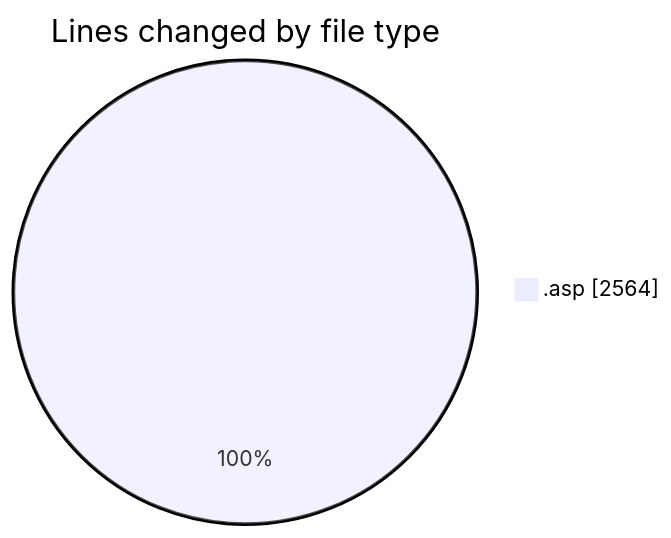
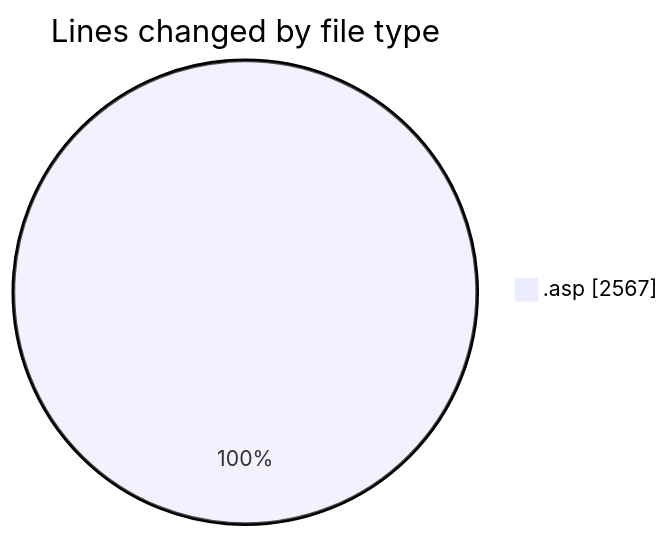
Before and after one commit to julien-gomy/code-tracking: the first of 2 diagrams in 2025-10-31/cdp_aleoudev_fr__workspace_/README.md, drawn with Mermaid. The commit also changed other lines of this file and 1 other file, not shown here.

````diff
--- a/2025-10-31/cdp_aleoudev_fr__workspace_/README.md
+++ b/2025-10-31/cdp_aleoudev_fr__workspace_/README.md
@@ -21,5 +21,5 @@
 ```mermaid
 pie showData
 title Lines changed by file type
-".asp" : 2564
+".asp" : 2567
 ```
````
